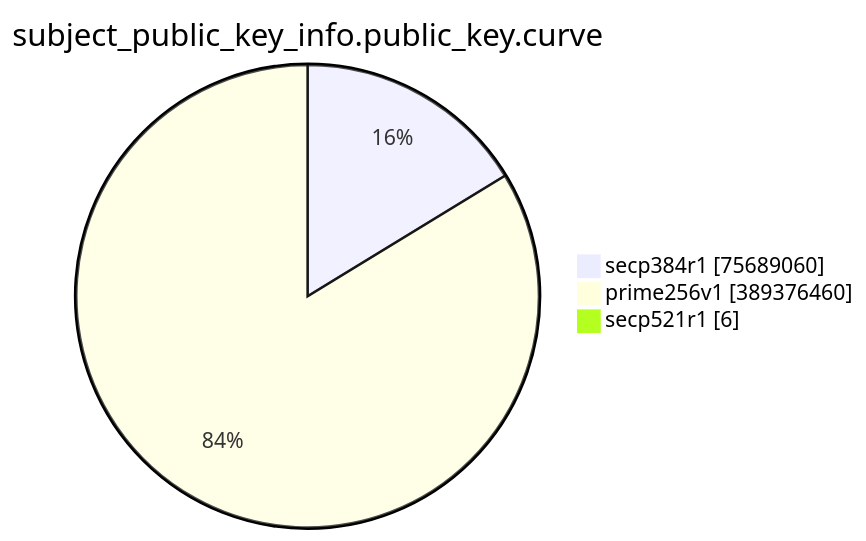
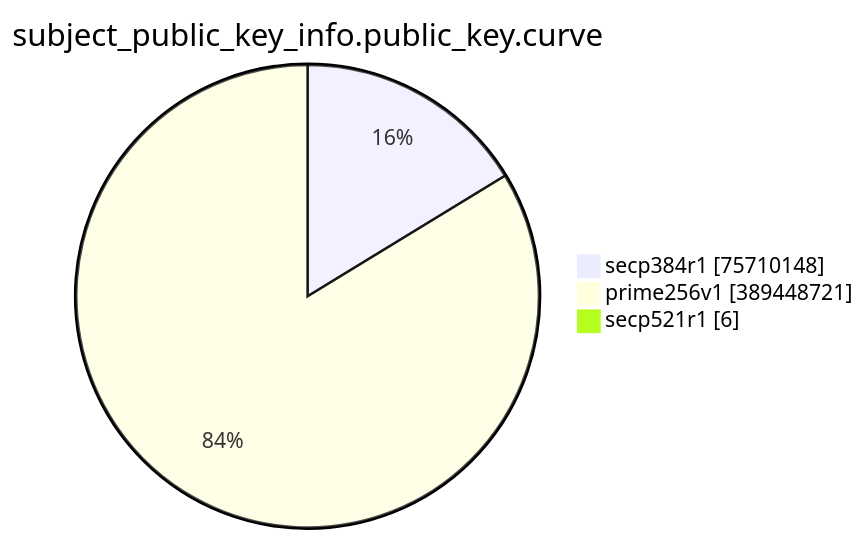
Before and after one commit to christiankrug/ctmonitor_visualization: the eighth of 15 diagrams in TOTAL/README.md, drawn with Mermaid. The commit also changed other lines of this file, not shown here.

````diff
--- a/TOTAL/README.md
+++ b/TOTAL/README.md
@@ -3094,7 +3094,7 @@
 ```mermaid
 pie showData
 title subject_public_key_info.public_key.curve
-"secp384r1" :75689060
-"prime256v1" :389376460
+"secp384r1" :75710148
+"prime256v1" :389448721
 "secp521r1" :6
 ```
````
